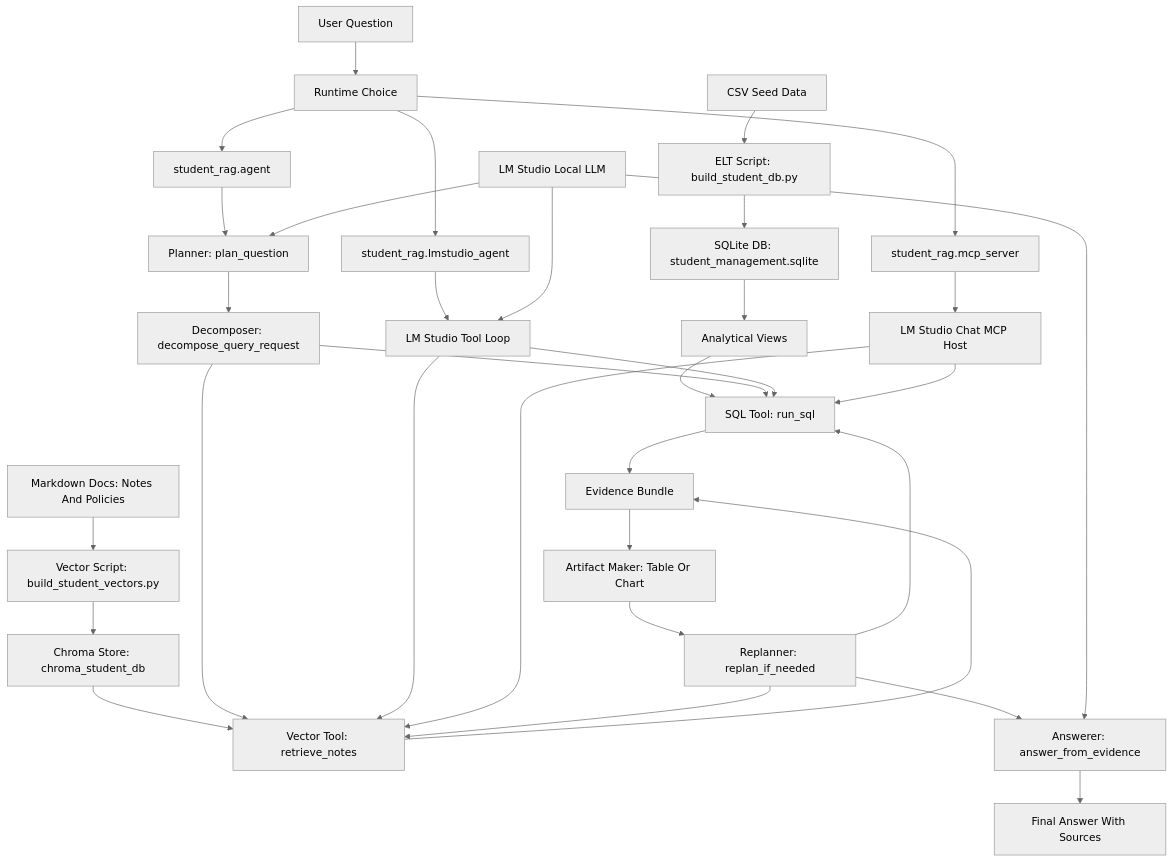
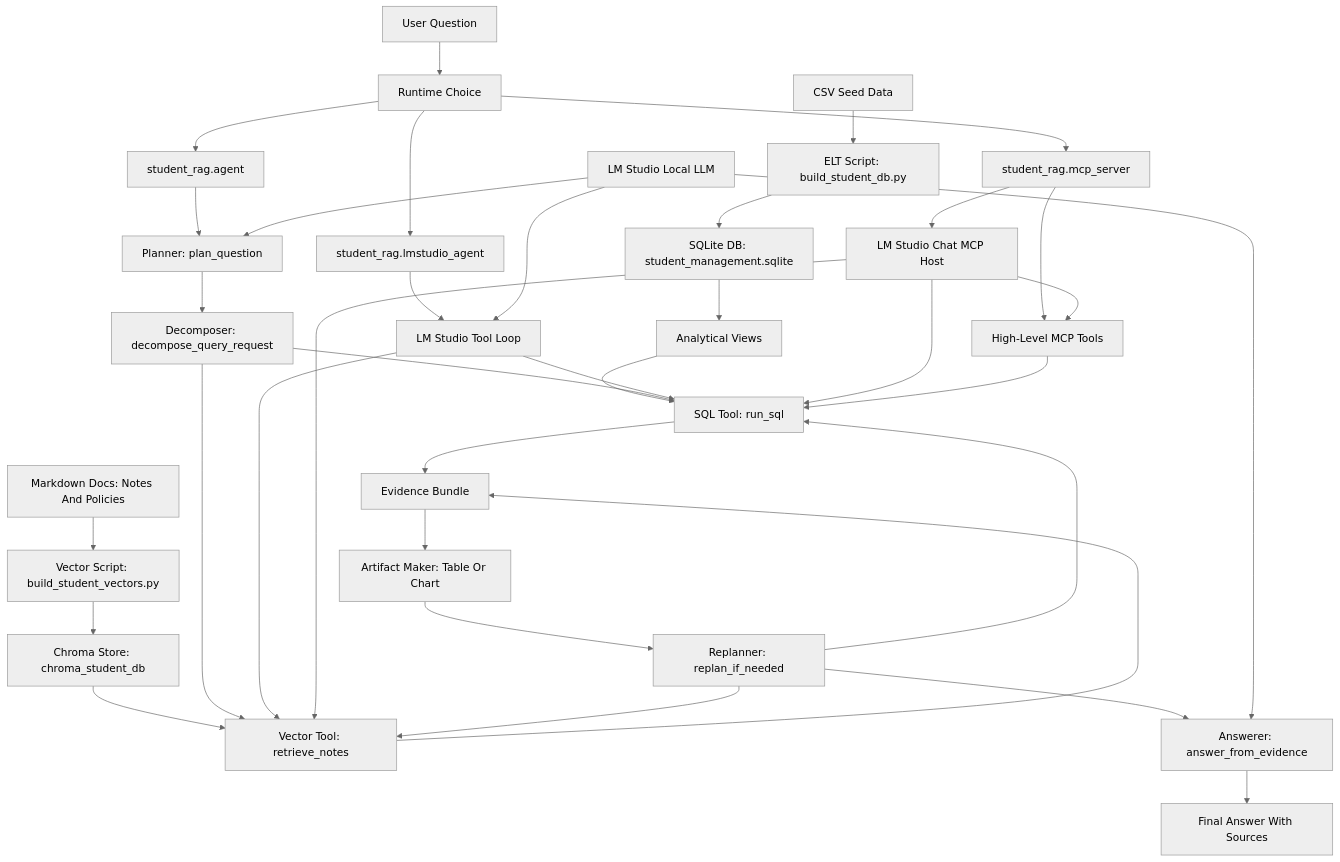
One commit to DuongPhanHoai/rag_assistant changed the first of 3 diagrams in docs/DESIGN.md. Above: the diagram before and after it, drawn with Mermaid (neutral theme). The commit also changed other lines of this file and 3 other files, not shown here.

````diff
--- a/docs/DESIGN.md
+++ b/docs/DESIGN.md
@@ -34,40 +34,43 @@
 ```mermaid
 flowchart TD
     UserQuestion["User Question"] --> RuntimeChoice["Runtime Choice"]
     RuntimeChoice --> DeterministicAgent["student_rag.agent"]
     RuntimeChoice --> ToolAgent["student_rag.lmstudio_agent"]
     RuntimeChoice --> McpServer["student_rag.mcp_server"]
     DeterministicAgent --> Planner["Planner: plan_question"]
     Planner --> Decomposer["Decomposer: decompose_query_request"]
     ToolAgent --> LmToolLoop["LM Studio Tool Loop"]
     McpServer --> LmStudioChat["LM Studio Chat MCP Host"]
+    McpServer --> HighLevelTools["High-Level MCP Tools"]
 
     CsvData["CSV Seed Data"] --> DbBuilder["ELT Script: build_student_db.py"]
     DbBuilder --> SQLiteDb["SQLite DB: student_management.sqlite"]
     SQLiteDb --> SqlViews["Analytical Views"]
     SqlViews --> SqlTool["SQL Tool: run_sql"]
 
     MarkdownDocs["Markdown Docs: Notes And Policies"] --> VectorBuilder["Vector Script: build_student_vectors.py"]
     VectorBuilder --> ChromaStore["Chroma Store: chroma_student_db"]
     ChromaStore --> VectorTool["Vector Tool: retrieve_notes"]
 
     Decomposer --> SqlTool
     Decomposer --> VectorTool
     LmToolLoop --> SqlTool
     LmToolLoop --> VectorTool
     LmStudioChat --> SqlTool
     LmStudioChat --> VectorTool
+    LmStudioChat --> HighLevelTools
+    HighLevelTools --> SqlTool
     SqlTool --> Evidence["Evidence Bundle"]
     VectorTool --> Evidence
 
     Evidence --> ArtifactMaker["Artifact Maker: Table Or Chart"]
     ArtifactMaker --> Replanner["Replanner: replan_if_needed"]
     Replanner --> SqlTool
     Replanner --> VectorTool
     Replanner --> Answerer["Answerer: answer_from_evidence"]
 
     LmStudio["LM Studio Local LLM"] --> Planner
     LmStudio --> LmToolLoop
     LmStudio --> Answerer
     Answerer --> FinalAnswer["Final Answer With Sources"]
 ```
````
